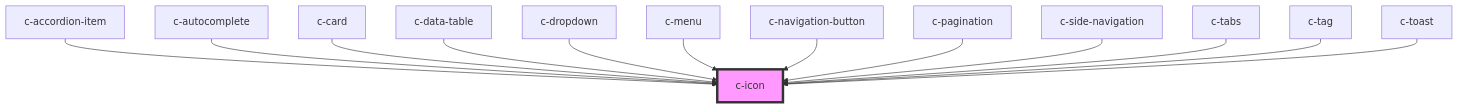
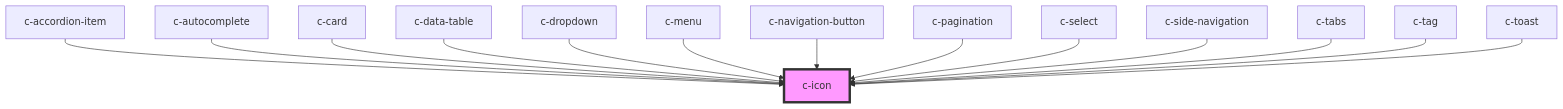
The diagram in packages/csc-ui/src/components/c-icon/readme.md (CSCfi/ui), drawn with Mermaid before and after one commit. The commit also changed other lines of this file and 23 other files, not shown here.

````diff
--- a/packages/csc-ui/src/components/c-icon/readme.md
+++ b/packages/csc-ui/src/components/c-icon/readme.md
@@ -42,16 +43,17 @@
 ```mermaid
 graph TD;
   c-accordion-item --> c-icon
   c-autocomplete --> c-icon
   c-card --> c-icon
   c-data-table --> c-icon
   c-dropdown --> c-icon
   c-menu --> c-icon
   c-navigation-button --> c-icon
   c-pagination --> c-icon
+  c-select --> c-icon
   c-side-navigation --> c-icon
   c-tabs --> c-icon
   c-tag --> c-icon
   c-toast --> c-icon
   style c-icon fill:#f9f,stroke:#333,stroke-width:4px
 ```
````
